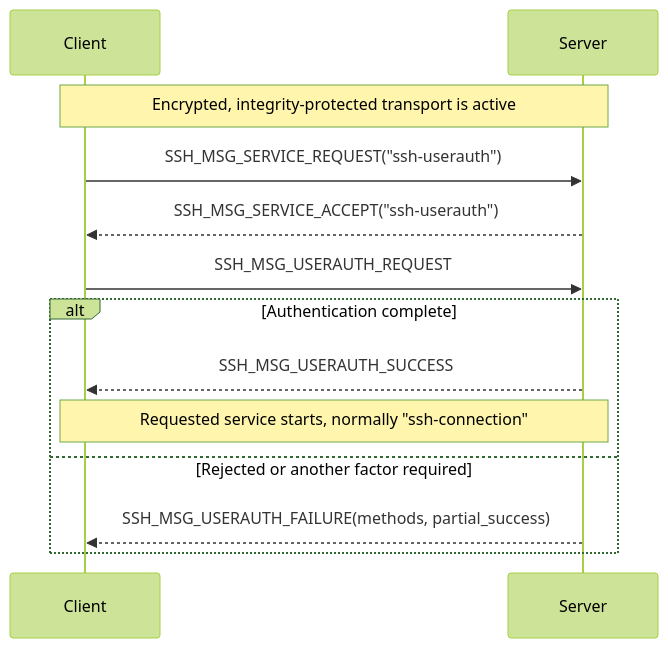
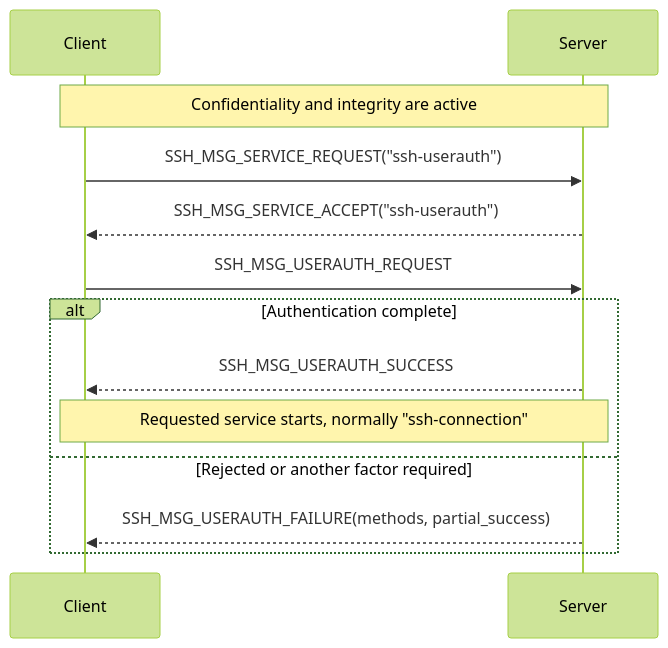
One commit to fornwall/ssh-protocol changed the first of 6 diagrams in src/user-authentication.md. Above: the diagram before and after it, drawn with Mermaid (forest theme). The commit also changed other lines of this file and 20 other files, not shown here.

````diff
--- a/src/user-authentication.md
+++ b/src/user-authentication.md
@@ -24,15 +22,15 @@
 ```mermaid
 sequenceDiagram
     participant C as Client
     participant S as Server
-    Note over C,S: Encrypted, integrity-protected transport is active
+    Note over C,S: Confidentiality and integrity are active
     C->>S: SSH_MSG_SERVICE_REQUEST("ssh-userauth")
     S-->>C: SSH_MSG_SERVICE_ACCEPT("ssh-userauth")
     C->>S: SSH_MSG_USERAUTH_REQUEST
     alt Authentication complete
         S-->>C: SSH_MSG_USERAUTH_SUCCESS
         Note over C,S: Requested service starts, normally "ssh-connection"
     else Rejected or another factor required
         S-->>C: SSH_MSG_USERAUTH_FAILURE(methods, partial_success)
     end
 ```
````
